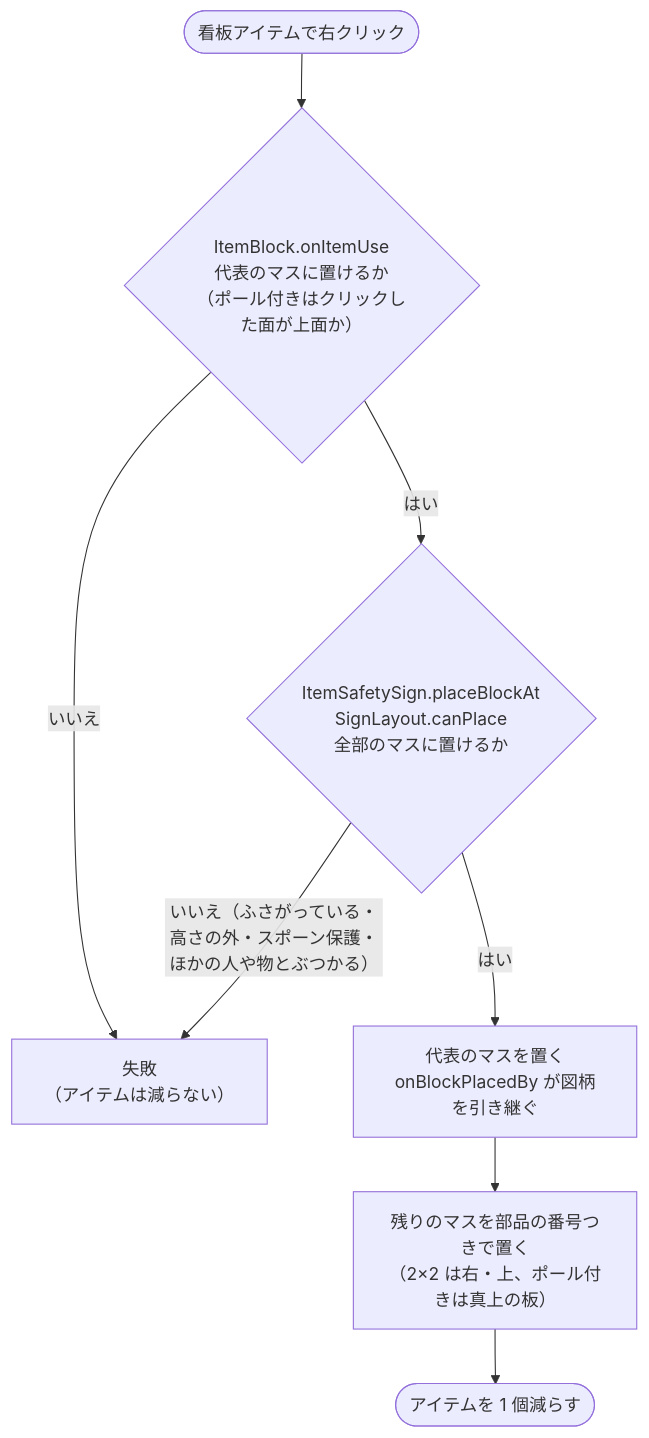
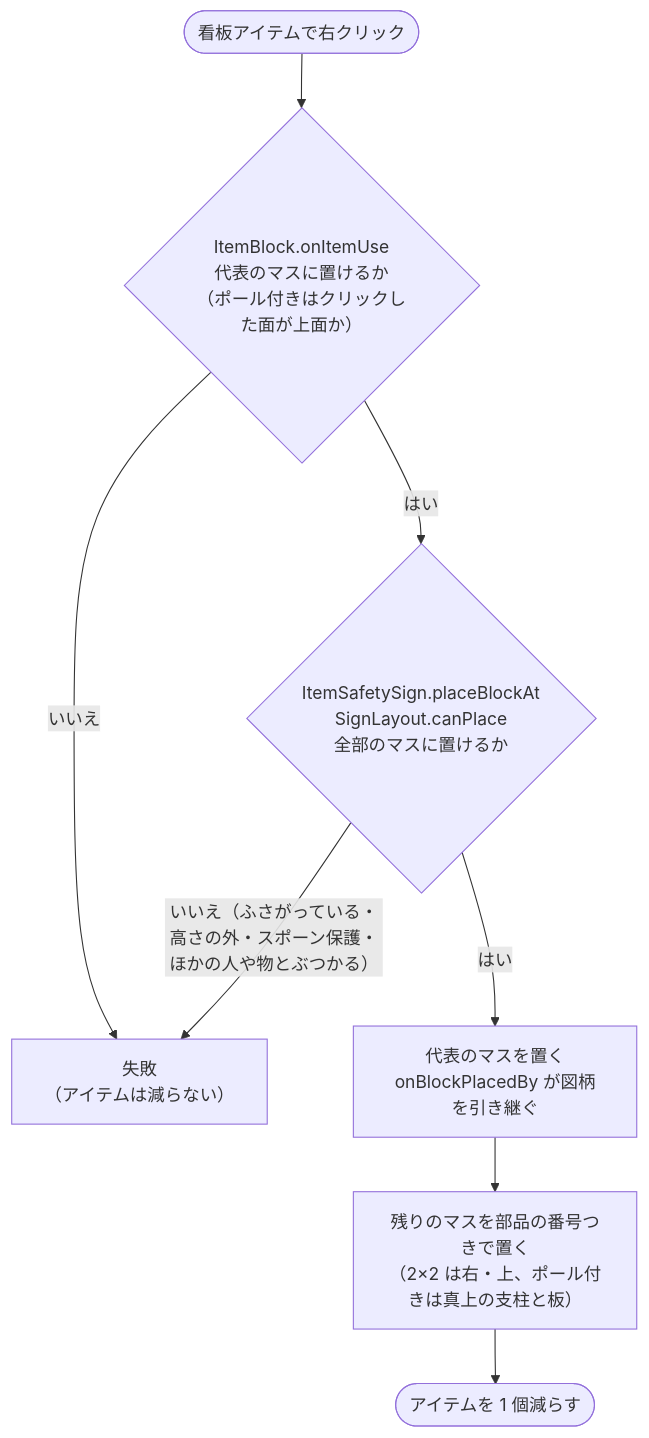
One commit to zeusisgood/safetysigns changed the second of 3 diagrams in doc/diagrams/multiblock.md. Above: the diagram before and after it, drawn with Mermaid. The commit also changed other lines of this file and 38 other files, not shown here.

````diff
--- a/doc/diagrams/multiblock.md
+++ b/doc/diagrams/multiblock.md
@@ -33,10 +33,10 @@
 ```mermaid
 flowchart TD
     Click([看板アイテムで右クリック]) --> IB{"ItemBlock.onItemUse<br/>代表のマスに置けるか<br/>（ポール付きはクリックした面が上面か）"}
     IB -- いいえ --> Fail["失敗<br/>（アイテムは減らない）"]
     IB -- はい --> All{"ItemSafetySign.placeBlockAt<br/>SignLayout.canPlace<br/>全部のマスに置けるか"}
     All -->|"いいえ（ふさがっている・高さの外・スポーン保護・ほかの人や物とぶつかる）"| Fail
     All -- はい --> Origin["代表のマスを置く<br/>onBlockPlacedBy が図柄を引き継ぐ"]
-    Origin --> Parts["残りのマスを部品の番号つきで置く<br/>（2×2 は右・上、ポール付きは真上の板）"]
+    Origin --> Parts["残りのマスを部品の番号つきで置く<br/>（2×2 は右・上、ポール付きは真上の支柱と板）"]
     Parts --> Done([アイテムを 1 個減らす])
 ```
````
